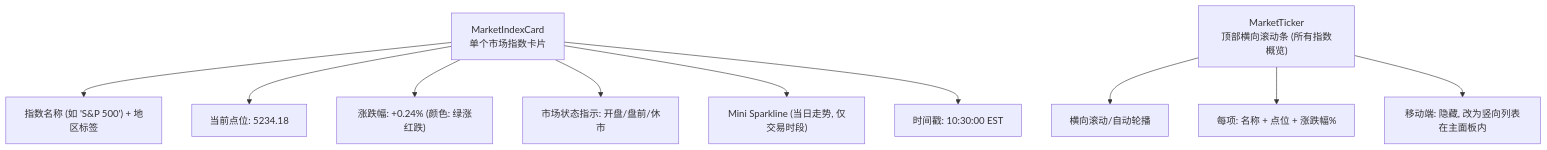
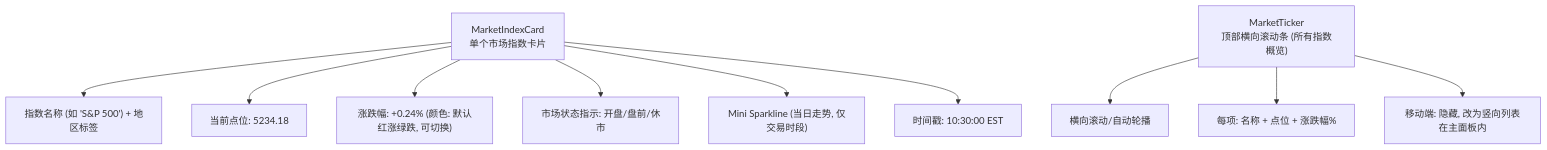
One commit to onceme/instantboard changed the fourth of 7 diagrams in docs/design/finance-tab.md. Above: the diagram before and after it, drawn with Mermaid. The commit also changed other lines of this file and 6 other files, not shown here.

````diff
--- a/docs/design/finance-tab.md
+++ b/docs/design/finance-tab.md
@@ -234,15 +235,15 @@
 ```mermaid
 graph TD
     MIC["MarketIndexCard<br/>单个市场指数卡片"]
     MIC --> IN["指数名称 (如 'S&P 500') + 地区标签"]
     MIC --> CP["当前点位: 5234.18"]
-    MIC --> CF["涨跌幅: +0.24% (颜色: 绿涨红跌)"]
+    MIC --> CF["涨跌幅: +0.24% (颜色: 默认红涨绿跌, 可切换)"]
     MIC --> MS2["市场状态指示: 开盘/盘前/休市"]
     MIC --> SP2["Mini Sparkline (当日走势, 仅交易时段)"]
     MIC --> TS2["时间戳: 10:30:00 EST"]
 
     MT["MarketTicker<br/>顶部横向滚动条 (所有指数概览)"]
     MT --> Scroll["横向滚动/自动轮播"]
     MT --> Item["每项: 名称 + 点位 + 涨跌幅%"]
     MT --> Mobile["移动端: 隐藏, 改为竖向列表在主面板内"]
 ```
````
